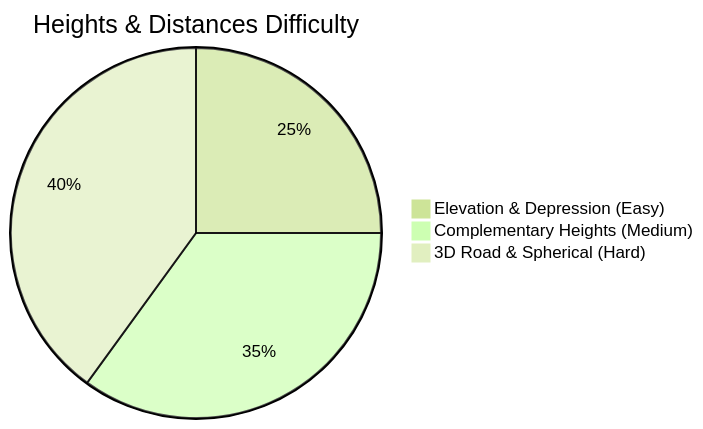
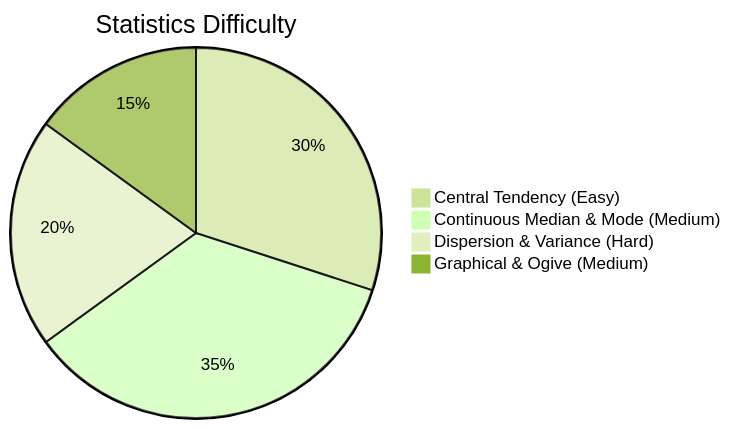
One commit to skc-coder/SAGE changed the second of 2 diagrams in content/cds/math/math_overview.md. Above: the diagram before and after it, drawn with Mermaid (forest theme). The commit also changed other lines of this file and 14 other files, not shown here.

````diff
--- a/content/cds/math/math_overview.md
+++ b/content/cds/math/math_overview.md
@@ -42,6 +42,7 @@
 ```mermaid
-pie title Heights & Distances Difficulty
-    "Elevation & Depression (Easy)" : 25
-    "Complementary Heights (Medium)" : 35
-    "3D Road & Spherical (Hard)" : 40
+pie title Statistics Difficulty
+    "Central Tendency (Easy)" : 30
+    "Continuous Median & Mode (Medium)" : 35
+    "Dispersion & Variance (Hard)" : 20
+    "Graphical & Ogive (Medium)" : 15
 ```
````
